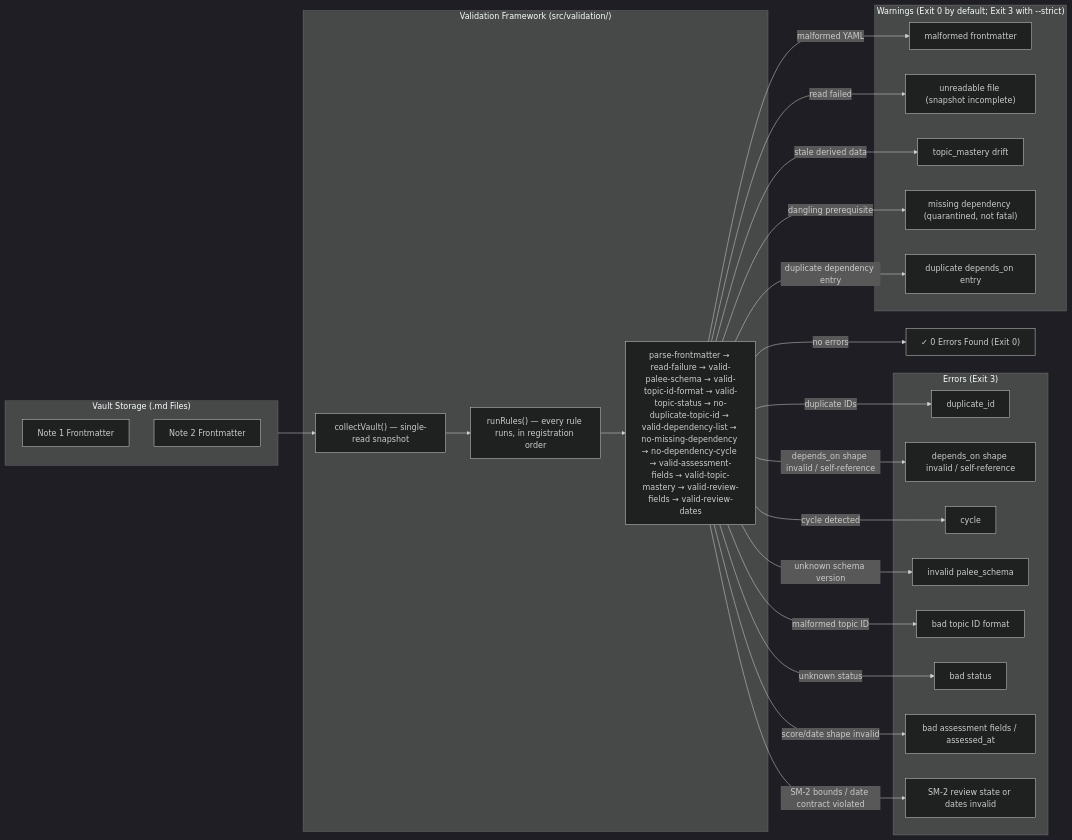
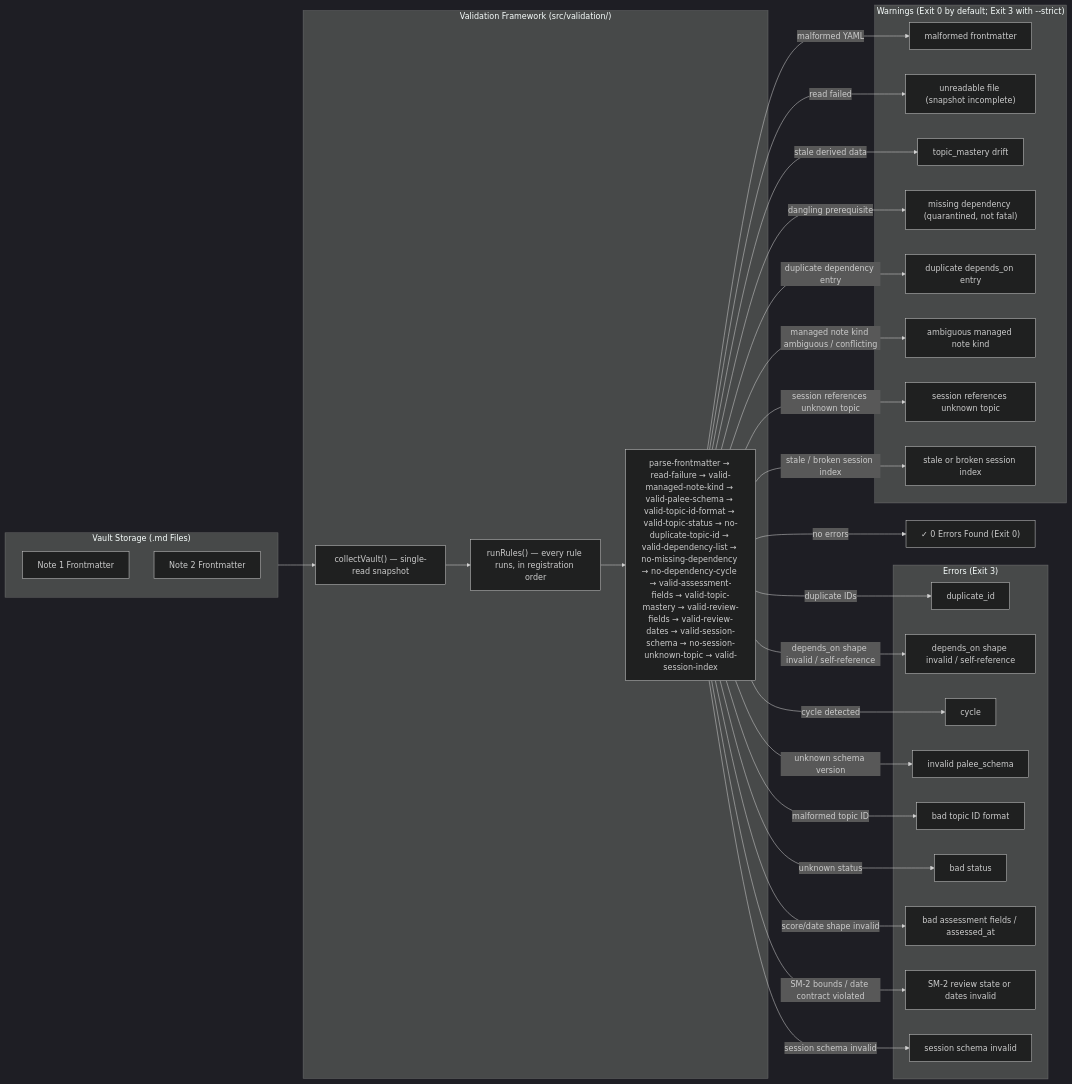
The second of 2 diagrams in docs/02-3-reporting-commands.md (Kuldeep2822k/cli), drawn with Mermaid (dark theme) before and after one commit. The commit also changed other lines of this file and 21 other files, not shown here.

First line of the commit message:
feat(validate): add memory-subsystem rules for note kind, session schema, session topics, and session index (#27 #41 #42 #44) (#168)

````diff
--- a/docs/02-3-reporting-commands.md
+++ b/docs/02-3-reporting-commands.md
@@ -206,50 +210,58 @@
 ```mermaid
 flowchart LR
     subgraph Storage ["Vault Storage (.md Files)"]
         FM1["Note 1 Frontmatter"]
         FM2["Note 2 Frontmatter"]
     end
     
     subgraph Analyzer ["Validation Framework (src/validation/)"]
         Scan["collectVault() — single-read snapshot"]
         Runner["runRules() — every rule runs, in registration order"]
-        Rules["parse-frontmatter → read-failure → valid-palee-schema → valid-topic-id-format → valid-topic-status → no-duplicate-topic-id → valid-dependency-list → no-missing-dependency → no-dependency-cycle → valid-assessment-fields → valid-topic-mastery → valid-review-fields → valid-review-dates"]
+        Rules["parse-frontmatter → read-failure → valid-managed-note-kind → valid-palee-schema → valid-topic-id-format → valid-topic-status → no-duplicate-topic-id → valid-dependency-list → no-missing-dependency → no-dependency-cycle → valid-assessment-fields → valid-topic-mastery → valid-review-fields → valid-review-dates → valid-session-schema → no-session-unknown-topic → valid-session-index"]
     end
     
     subgraph Errors ["Errors (Exit 3)"]
         ErrDup["duplicate_id"]
         ErrDepShape["depends_on shape invalid / self-reference"]
         ErrCyc["cycle"]
         ErrSchema["invalid palee_schema"]
         ErrId["bad topic ID format"]
         ErrStatus["bad status"]
         ErrAssess["bad assessment fields / assessed_at"]
         ErrReview["SM-2 review state or dates invalid"]
+        ErrSession["session schema invalid"]
     end
 
     subgraph Warnings ["Warnings (Exit 0 by default; Exit 3 with --strict)"]
         WarnParse["malformed frontmatter"]
         WarnRead["unreadable file (snapshot incomplete)"]
         WarnMastery["topic_mastery drift"]
         WarnMiss["missing dependency (quarantined, not fatal)"]
         WarnDepDup["duplicate depends_on entry"]
+        WarnKind["ambiguous managed note kind"]
+        WarnSessionTopic["session references unknown topic"]
+        WarnIndex["stale or broken session index"]
     end
     
     Storage --> Scan
     Scan --> Runner
     Runner --> Rules
     Rules -->|"duplicate IDs"| ErrDup
     Rules -->|"dangling prerequisite"| WarnMiss
     Rules -->|"depends_on shape invalid / self-reference"| ErrDepShape
     Rules -->|"cycle detected"| ErrCyc
     Rules -->|"unknown schema version"| ErrSchema
     Rules -->|"malformed topic ID"| ErrId
     Rules -->|"unknown status"| ErrStatus
     Rules -->|"score/date shape invalid"| ErrAssess
     Rules -->|"SM-2 bounds / date contract violated"| ErrReview
     Rules -->|"duplicate dependency entry"| WarnDepDup
+    Rules -->|"managed note kind ambiguous / conflicting"| WarnKind
+    Rules -->|"session schema invalid"| ErrSession
+    Rules -->|"session references unknown topic"| WarnSessionTopic
+    Rules -->|"stale / broken session index"| WarnIndex
     Rules -->|"malformed YAML"| WarnParse
     Rules -->|"read failed"| WarnRead
     Rules -->|"stale derived data"| WarnMastery
     Rules -->|"no errors"| Success["✓ 0 Errors Found (Exit 0)"]
 ```
````
